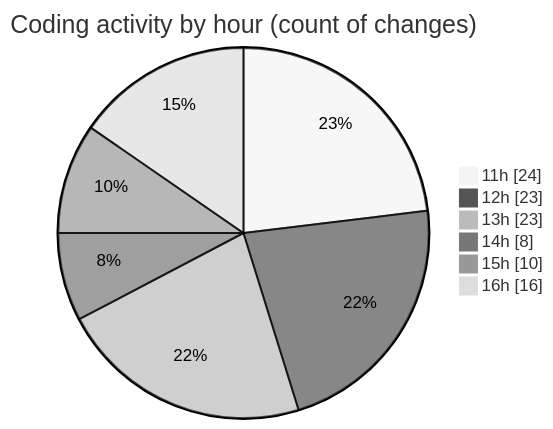
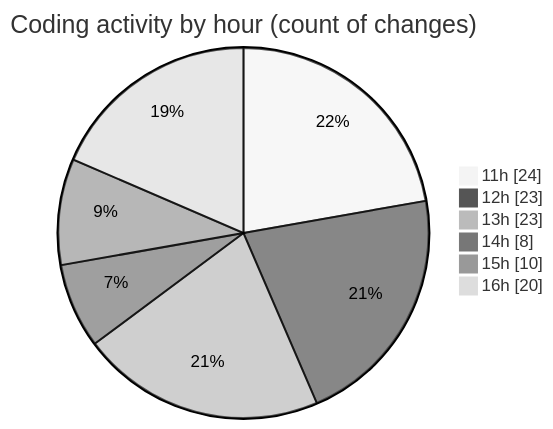
Before and after one commit to nxtqubesakshisongat/code-tracking: the second of 2 diagrams in 2025-09-18/nxtqube_webapp/README.md, drawn with Mermaid (neutral theme). The commit also changed other lines of this file and 1 other file, not shown here.

````diff
--- a/2025-09-18/nxtqube_webapp/README.md
+++ b/2025-09-18/nxtqube_webapp/README.md
@@ -48,10 +48,10 @@
 ```mermaid
 pie showData
 title Coding activity by hour (count of changes)
 "11h" : 24
 "12h" : 23
 "13h" : 23
 "14h" : 8
 "15h" : 10
-"16h" : 16
+"16h" : 20
 ```
````
